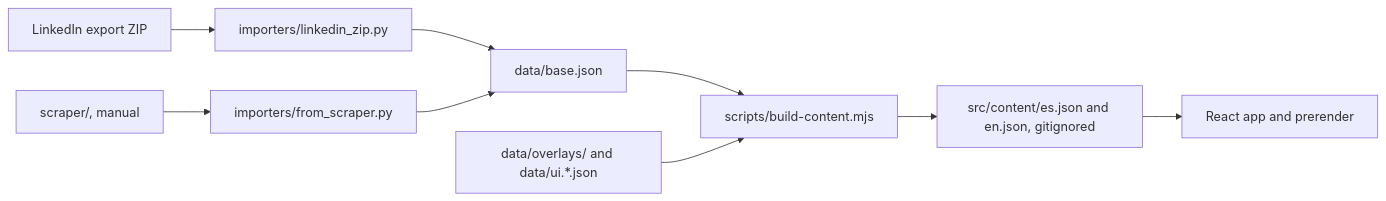
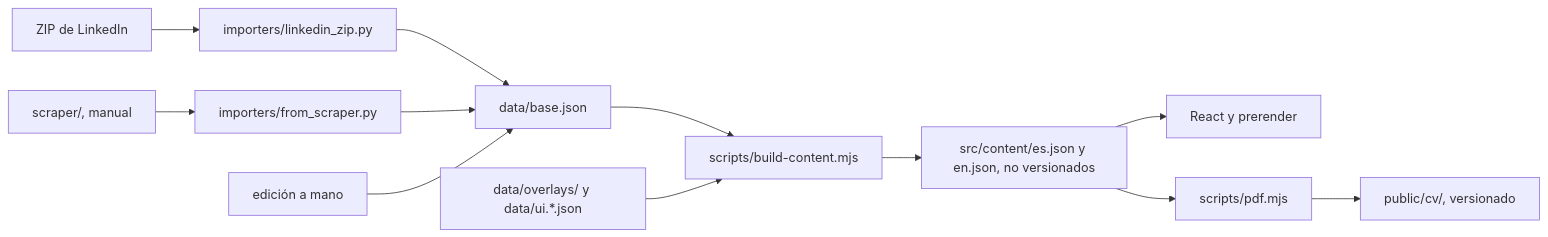
One commit to GDelpo/cv-online changed the diagram in README.md. Above: the diagram before and after it, drawn with Mermaid. The commit also changed other lines of this file and 13 other files, not shown here.

````diff
--- a/README.md
+++ b/README.md
@@ -40,11 +111,14 @@
 ```mermaid
 flowchart LR
-  zip[LinkedIn export ZIP] --> importer[importers/linkedin_zip.py]
+  zip[ZIP de LinkedIn] --> importer[importers/linkedin_zip.py]
   scraper[scraper/, manual] --> from[importers/from_scraper.py]
   importer --> base[data/base.json]
   from --> base
+  hand[edición a mano] --> base
   base --> build[scripts/build-content.mjs]
-  overlays[data/overlays/ and data/ui.*.json] --> build
-  build --> content[src/content/es.json and en.json, gitignored]
-  content --> app[React app and prerender]
+  overlays[data/overlays/ y data/ui.*.json] --> build
+  build --> content[src/content/es.json y en.json, no versionados]
+  content --> app[React y prerender]
+  content --> pdf[scripts/pdf.mjs]
+  pdf --> cv[public/cv/, versionado]
 ```
````
